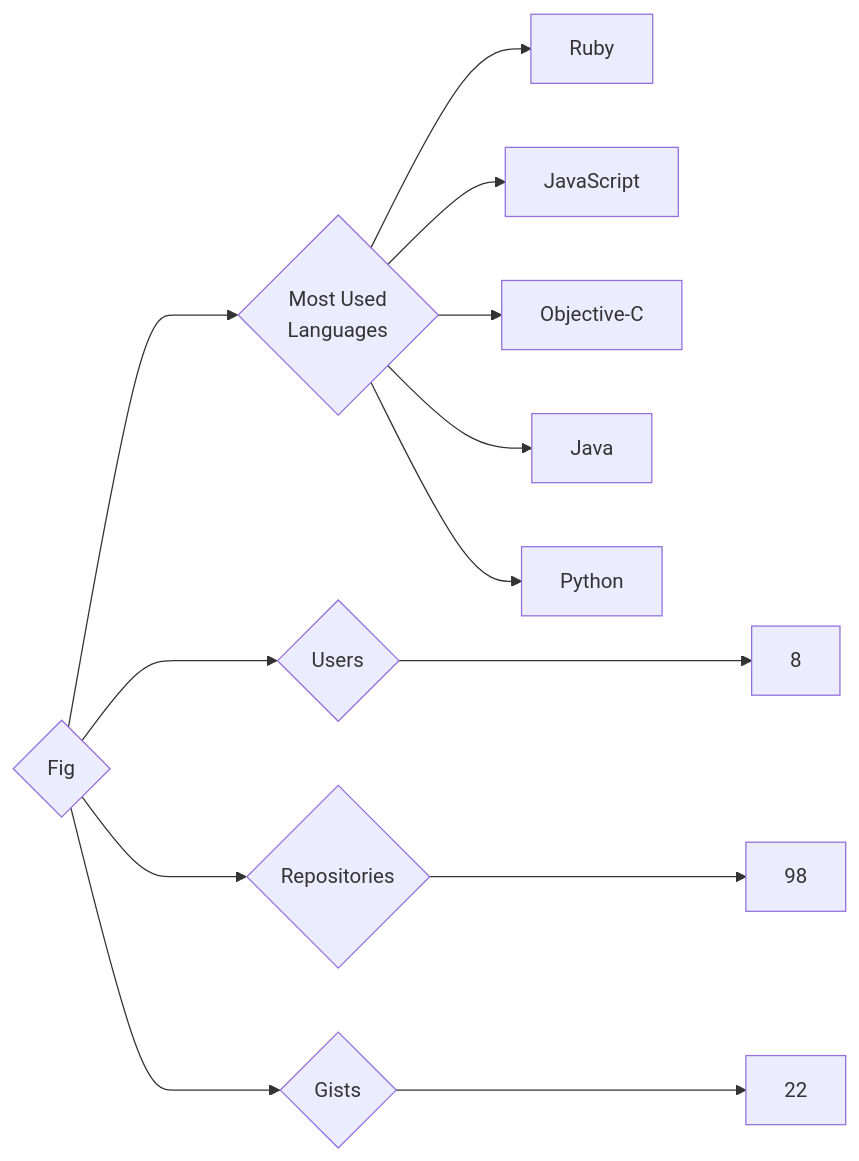
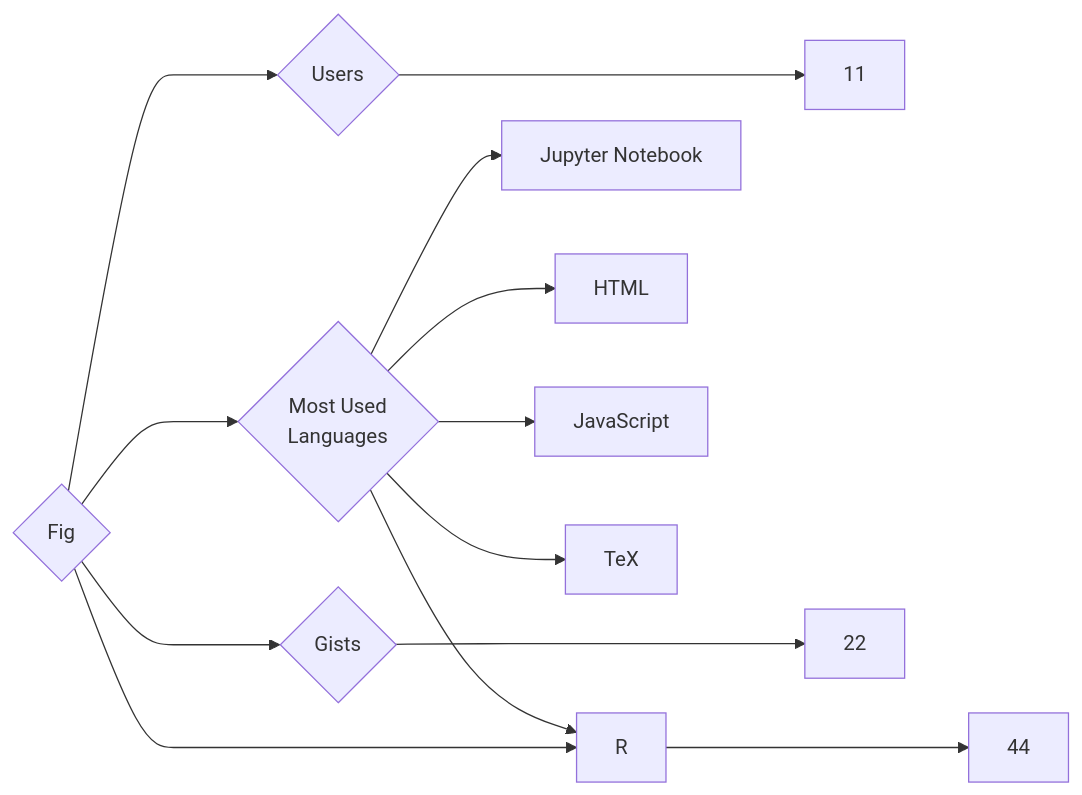
Before and after one commit to trickest/insiders: the diagram in targets/Fig/README.md, drawn with Mermaid. The commit also changed 882 other files, not shown here.

````diff
--- a/targets/Fig/README.md
+++ b/targets/Fig/README.md
@@ -3,13 +3,13 @@
 ```mermaid
 graph LR
 COMPANY_NAME{Fig}
-COMPANY_NAME ---> U{Users} ---> UN[8]
-COMPANY_NAME ---> R{Repositories} ---> RN[98]
+COMPANY_NAME ---> U{Users} ---> UN[11]
+COMPANY_NAME ---> R{Repositories} ---> RN[44]
 COMPANY_NAME ---> G{Gists} ---> GN[22]
 COMPANY_NAME ---> ML{Most Used<br>Languages}
-ML --> Ruby[Ruby]
+ML --> Jupyter_Notebook[Jupyter Notebook]
+ML --> R[R]
+ML --> HTML[HTML]
 ML --> JavaScript[JavaScript]
-ML --> Objective-C[Objective-C]
-ML --> Java[Java]
-ML --> Python[Python]
+ML --> TeX[TeX]
 ```
````
